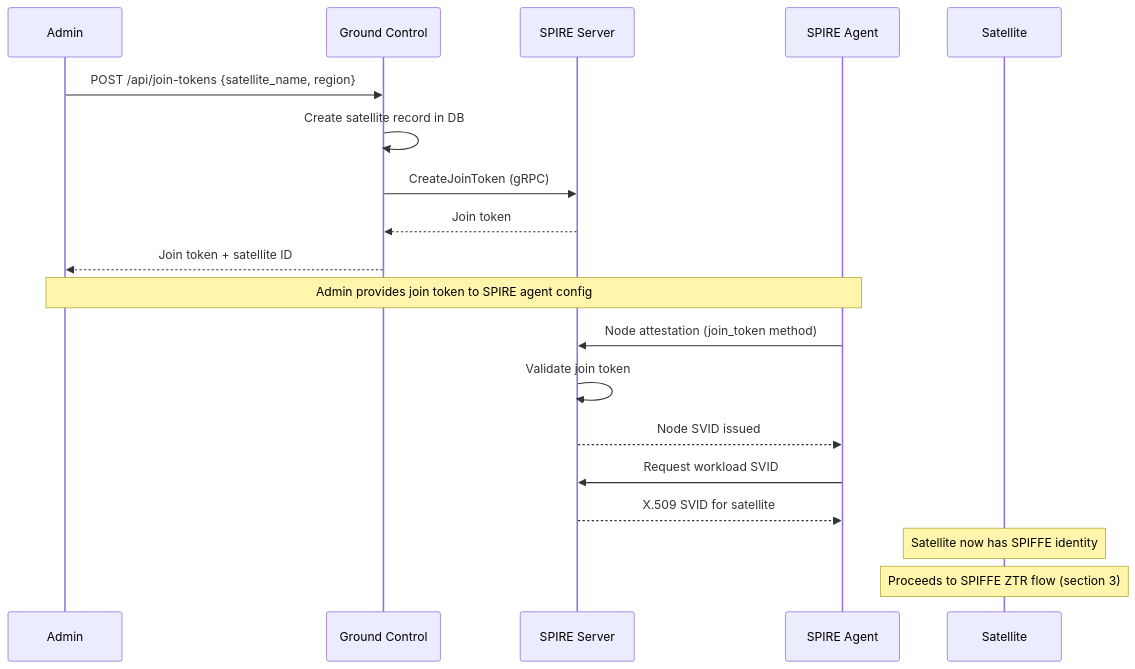
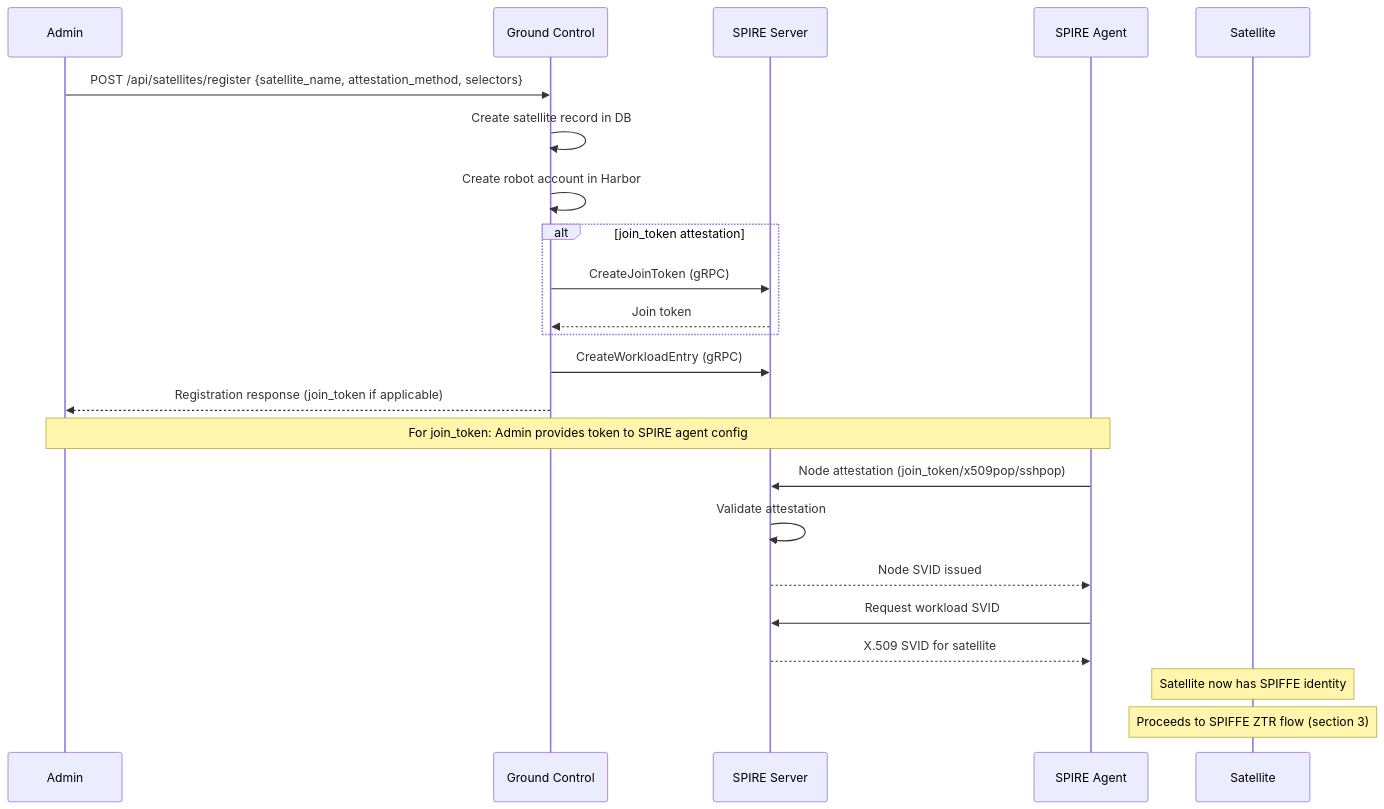
One commit to container-registry/harbor-satellite changed the fifth of 7 diagrams in docs/decisions/0005-spiffe-identity-and-security.md. Above: the diagram before and after it, drawn with Mermaid. The commit also changed other lines of this file and 14 other files, not shown here.

First line of the commit message:
Unified SPIFFE Satellite Registration API (#298)

````diff
--- a/docs/decisions/0005-spiffe-identity-and-security.md
+++ b/docs/decisions/0005-spiffe-identity-and-security.md
@@ -260,25 +261,29 @@
 ```mermaid
 sequenceDiagram
     participant Admin
     participant GC as Ground Control
     participant SS as SPIRE Server
     participant SA as SPIRE Agent
     participant Satellite
 
-    Admin->>GC: POST /api/join-tokens {satellite_name, region}
+    Admin->>GC: POST /api/satellites/register {satellite_name, attestation_method, selectors}
     GC->>GC: Create satellite record in DB
-    GC->>SS: CreateJoinToken (gRPC)
-    SS-->>GC: Join token
-    GC-->>Admin: Join token + satellite ID
+    GC->>GC: Create robot account in Harbor
+    alt join_token attestation
+        GC->>SS: CreateJoinToken (gRPC)
+        SS-->>GC: Join token
+    end
+    GC->>SS: CreateWorkloadEntry (gRPC)
+    GC-->>Admin: Registration response (join_token if applicable)
 
-    Note over Admin,SA: Admin provides join token to SPIRE agent config
+    Note over Admin,SA: For join_token: Admin provides token to SPIRE agent config
 
-    SA->>SS: Node attestation (join_token method)
-    SS->>SS: Validate join token
+    SA->>SS: Node attestation (join_token/x509pop/sshpop)
+    SS->>SS: Validate attestation
     SS-->>SA: Node SVID issued
     SA->>SS: Request workload SVID
     SS-->>SA: X.509 SVID for satellite
 
     Note over Satellite: Satellite now has SPIFFE identity
     Note over Satellite: Proceeds to SPIFFE ZTR flow (section 3)
 ```
````
